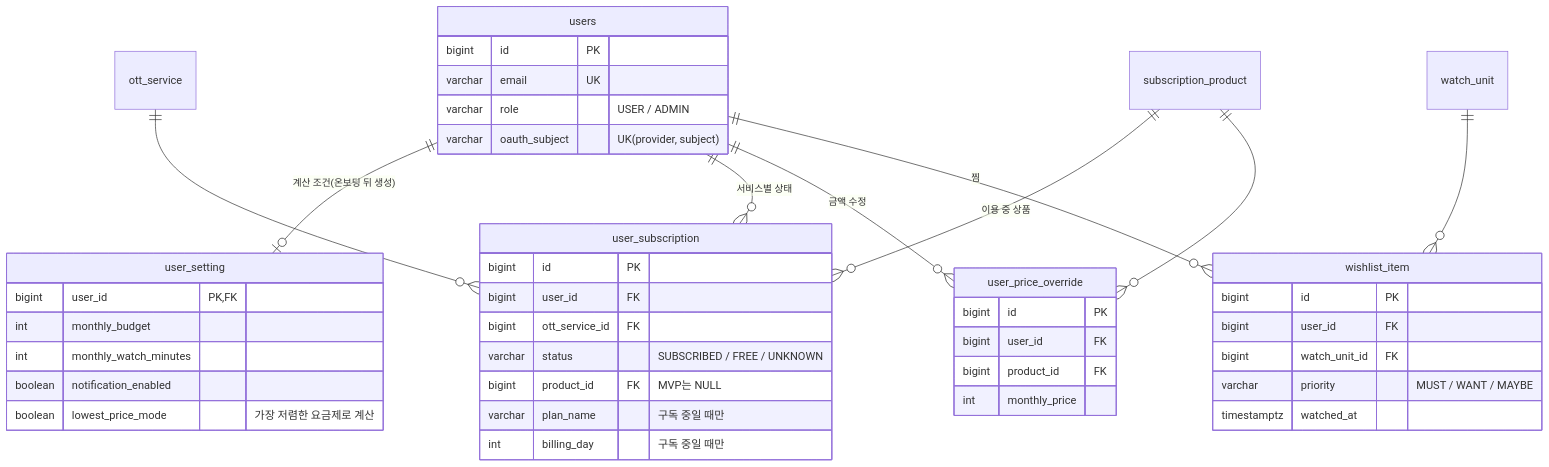
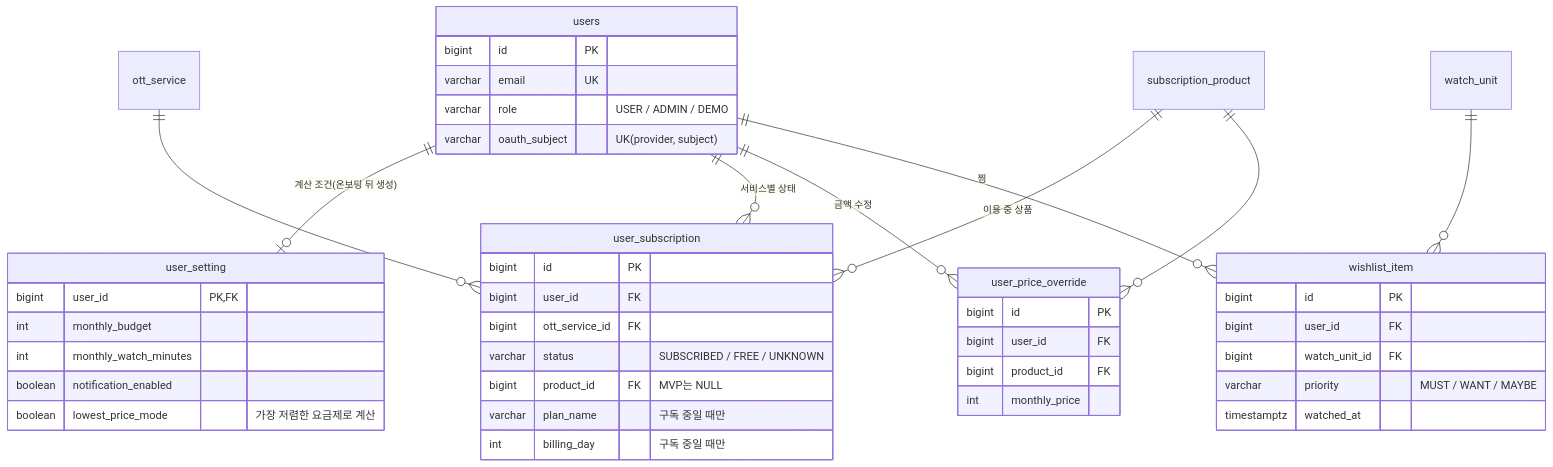
Before and after one commit to msw-Hub/ottnavi: the fourth of 5 diagrams in docs/ERD.md, drawn with Mermaid. The commit also changed other lines of this file and 5 other files, not shown here.

````diff
--- a/docs/ERD.md
+++ b/docs/ERD.md
@@ -269,46 +269,46 @@
 ```mermaid
 erDiagram
   users ||--o| user_setting : "계산 조건(온보딩 뒤 생성)"
   users ||--o{ user_subscription : "서비스별 상태"
   users ||--o{ user_price_override : "금액 수정"
   users ||--o{ wishlist_item : "찜"
   ott_service ||--o{ user_subscription : ""
   subscription_product ||--o{ user_subscription : "이용 중 상품"
   subscription_product ||--o{ user_price_override : ""
   watch_unit ||--o{ wishlist_item : ""
   users {
     bigint id PK
     varchar email UK
-    varchar role "USER / ADMIN"
+    varchar role "USER / ADMIN / DEMO"
     varchar oauth_subject "UK(provider, subject)"
   }
   user_setting {
     bigint user_id PK, FK
     int monthly_budget
     int monthly_watch_minutes
     boolean notification_enabled
     boolean lowest_price_mode "가장 저렴한 요금제로 계산"
   }
   user_subscription {
     bigint id PK
     bigint user_id FK
     bigint ott_service_id FK
     varchar status "SUBSCRIBED / FREE / UNKNOWN"
     bigint product_id FK "MVP는 NULL"
     varchar plan_name "구독 중일 때만"
     int billing_day "구독 중일 때만"
   }
   user_price_override {
     bigint id PK
     bigint user_id FK
     bigint product_id FK
     int monthly_price
   }
   wishlist_item {
     bigint id PK
     bigint user_id FK
     bigint watch_unit_id FK
     varchar priority "MUST / WANT / MAYBE"
     timestamptz watched_at
   }
 ```
````
